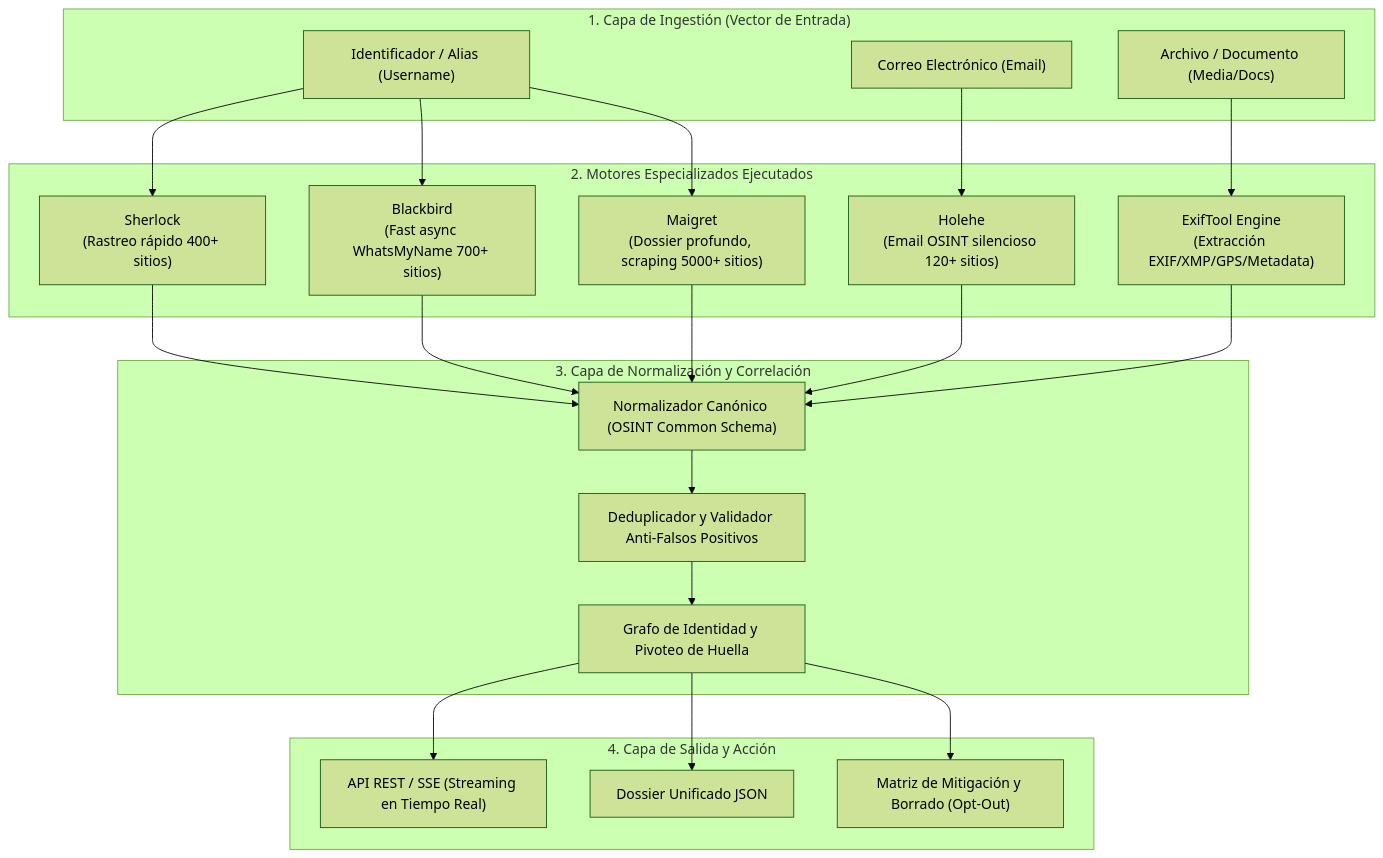
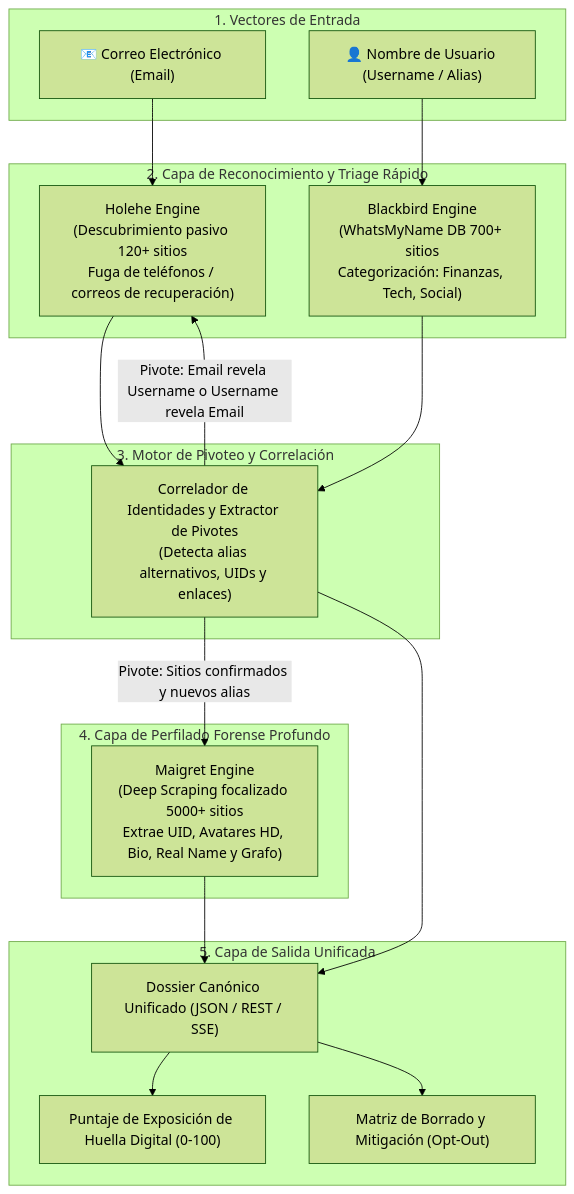
Before and after one commit to Hackaton-FEE/documentation: the diagram in investigacion-e-integracion-herramientas-osint.md, drawn with Mermaid (forest theme). The commit also changed other lines of this file, not shown here.

````diff
--- a/investigacion-e-integracion-herramientas-osint.md
+++ b/investigacion-e-integracion-herramientas-osint.md
@@ -11,36 +11,39 @@
 ```mermaid
 flowchart TD
-    subgraph Ingestion["1. Capa de Ingestión (Vector de Entrada)"]
-        InUsername["Identificador / Alias (Username)"]
-        InEmail["Correo Electrónico (Email)"]
-        InMedia["Archivo / Documento (Media/Docs)"]
+    subgraph Inputs["1. Vectores de Entrada"]
+        InEmail["📧 Correo Electrónico (Email)"]
+        InUser["👤 Nombre de Usuario (Username / Alias)"]
     end
 
-    subgraph Engines["2. Motores Especializados Ejecutados"]
-        E_Sherlock["Sherlock\n(Rastreo rápido 400+ sitios)"]
-        E_Blackbird["Blackbird\n(Fast async WhatsMyName 700+ sitios)"]
-        E_Maigret["Maigret\n(Dossier profundo, scraping 5000+ sitios)"]
-        E_Holehe["Holehe\n(Email OSINT silencioso 120+ sitios)"]
-        E_ExifTool["ExifTool Engine\n(Extracción EXIF/XMP/GPS/Metadata)"]
+    subgraph Layer1["2. Capa de Reconocimiento y Triage Rápido"]
+        E_Holehe["Holehe Engine\n(Descubrimiento pasivo 120+ sitios\nFuga de teléfonos / correos de recuperación)"]
+        E_Blackbird["Blackbird Engine\n(WhatsMyName DB 700+ sitios\nCategorización: Finanzas, Tech, Social)"]
     end
 
-    subgraph Correlation["3. Capa de Normalización y Correlación"]
-        Normalizer["Normalizador Canónico (OSINT Common Schema)"]
-        Deduplicator["Deduplicador y Validador Anti-Falsos Positivos"]
-        GraphEngine["Grafo de Identidad y Pivoteo de Huella"]
+    subgraph Pivot["3. Motor de Pivoteo y Correlación"]
+        PivotEngine["Correlador de Identidades y Extractor de Pivotes\n(Detecta alias alternativos, UIDs y enlaces)"]
     end
 
-    subgraph Egress["4. Capa de Salida y Acción"]
-        APIOut["API REST / SSE (Streaming en Tiempo Real)"]
-        DossierJSON["Dossier Unificado JSON"]
-        OptOutGuide["Matriz de Mitigación y Borrado (Opt-Out)"]
+    subgraph Layer2["4. Capa de Perfilado Forense Profundo"]
+        E_Maigret["Maigret Engine\n(Deep Scraping focalizado 5000+ sitios\nExtrae UID, Avatares HD, Bio, Real Name y Grafo)"]
     end
 
-    InUsername --> E_Sherlock & E_Blackbird & E_Maigret
+    subgraph Output["5. Capa de Salida Unificada"]
+        UnifiedRecord["Dossier Canónico Unificado (JSON / REST / SSE)"]
+        RiskScore["Puntaje de Exposición de Huella Digital (0-100)"]
+        OptOut["Matriz de Borrado y Mitigación (Opt-Out)"]
+    end
+
     InEmail --> E_Holehe
-    InMedia --> E_ExifTool
+    InUser --> E_Blackbird
 
-    E_Sherlock & E_Blackbird & E_Maigret & E_Holehe & E_ExifTool --> Normalizer
-    Normalizer --> Deduplicator --> GraphEngine
-    GraphEngine --> APIOut & DossierJSON & OptOutGuide
+    E_Holehe --> PivotEngine
+    E_Blackbird --> PivotEngine
+
+    PivotEngine -- "Pivote: Email revela Username o Username revela Email" --> E_Holehe
+    PivotEngine -- "Pivote: Sitios confirmados y nuevos alias" --> E_Maigret
+
+    E_Maigret --> UnifiedRecord
+    PivotEngine --> UnifiedRecord
+    UnifiedRecord --> RiskScore & OptOut
 ```
````
